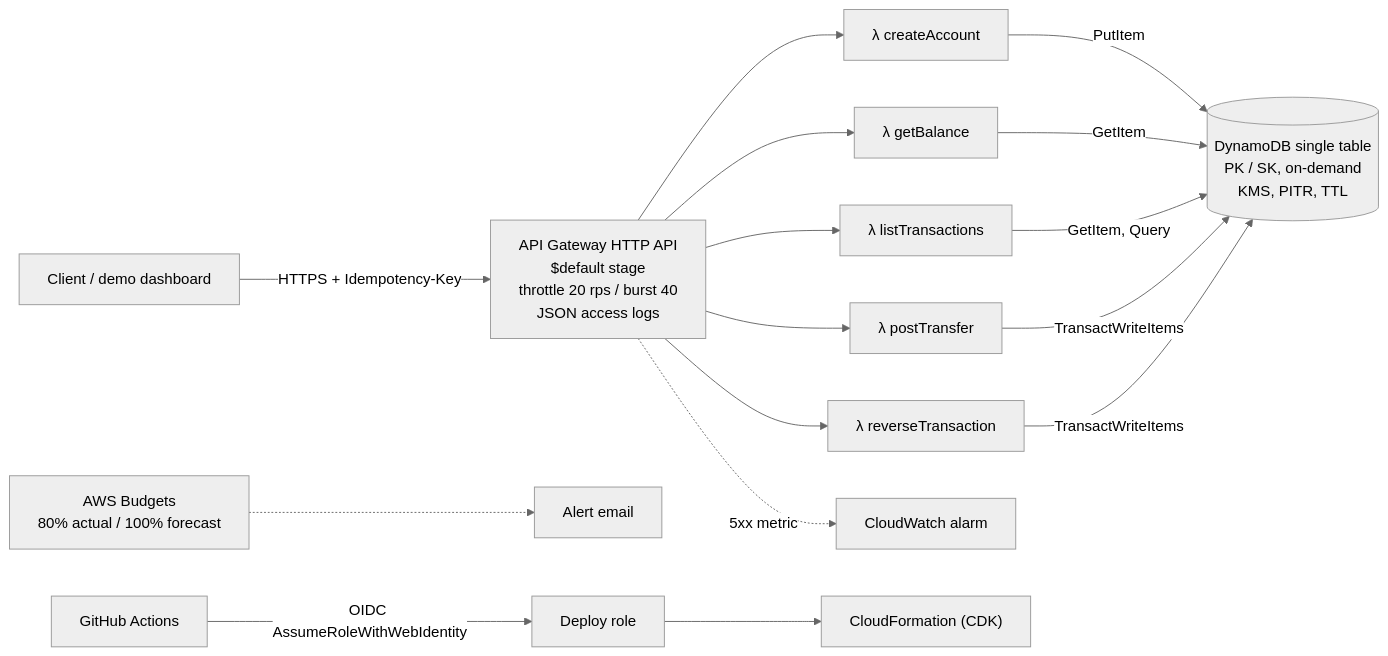
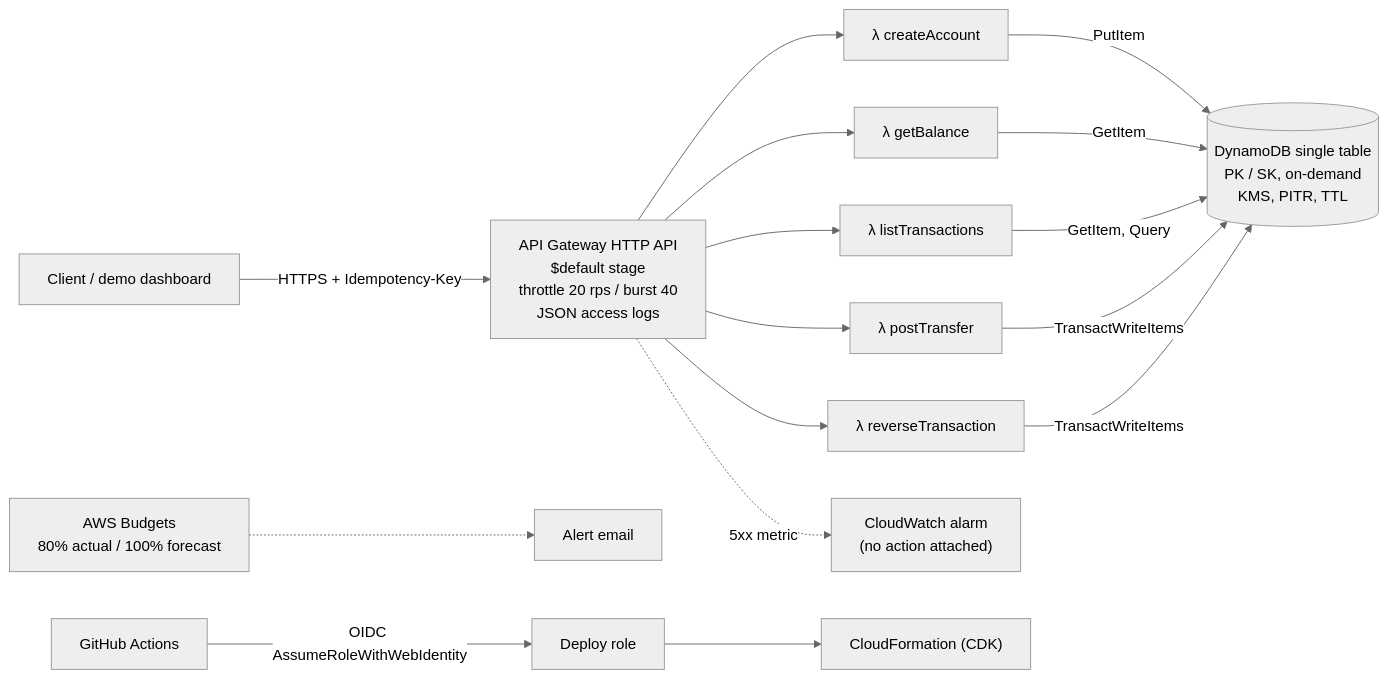
One commit to CoderGren/ledger-api-cdk changed the first of 2 diagrams in README.md. Above: the diagram before and after it, drawn with Mermaid (neutral theme). The commit also changed other lines of this file and 15 other files, not shown here.

````diff
--- a/README.md
+++ b/README.md
@@ -35,17 +35,17 @@
 ```mermaid
 flowchart LR
   client["Client / demo dashboard"] -->|HTTPS + Idempotency-Key| api["API Gateway HTTP API<br/>$default stage<br/>throttle 20 rps / burst 40<br/>JSON access logs"]
   api --> fCreate["λ createAccount"]
   api --> fBal["λ getBalance"]
   api --> fList["λ listTransactions"]
   api --> fXfer["λ postTransfer"]
   api --> fRev["λ reverseTransaction"]
   fCreate -->|PutItem| ddb[("DynamoDB single table<br/>PK / SK, on-demand<br/>KMS, PITR, TTL")]
   fBal -->|GetItem| ddb
   fList -->|GetItem, Query| ddb
   fXfer -->|TransactWriteItems| ddb
   fRev -->|TransactWriteItems| ddb
-  api -. 5xx metric .-> alarm["CloudWatch alarm"]
+  api -. 5xx metric .-> alarm["CloudWatch alarm<br/>(no action attached)"]
   budget["AWS Budgets<br/>80% actual / 100% forecast"] -.-> email["Alert email"]
   gha["GitHub Actions"] -->|OIDC AssumeRoleWithWebIdentity| role["Deploy role"] --> cfn["CloudFormation (CDK)"]
 ```
````
